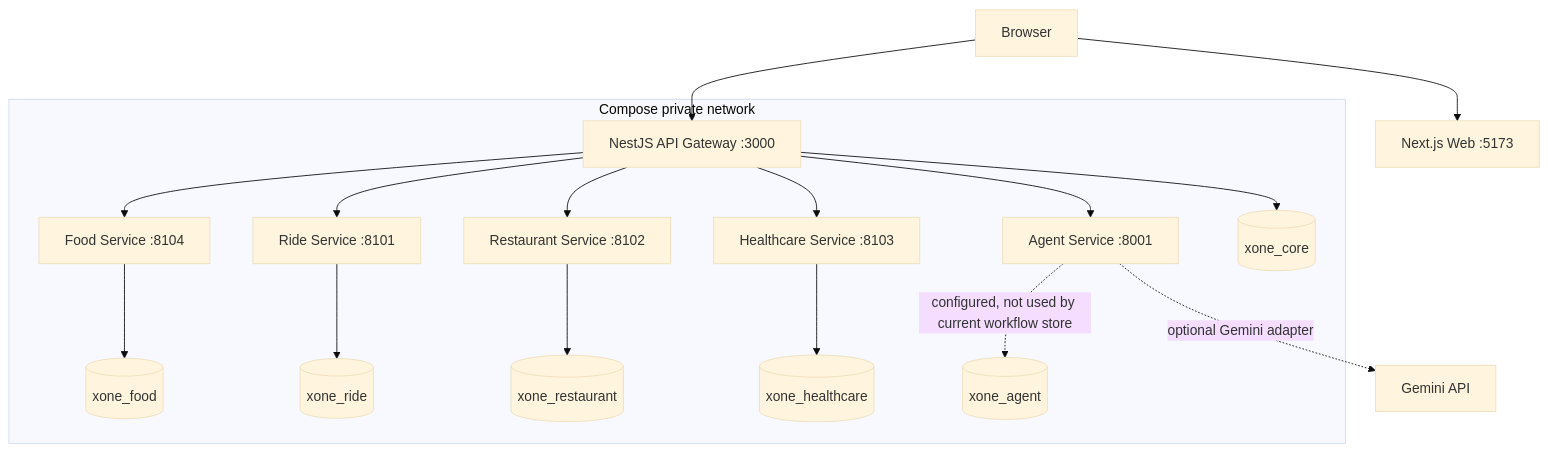
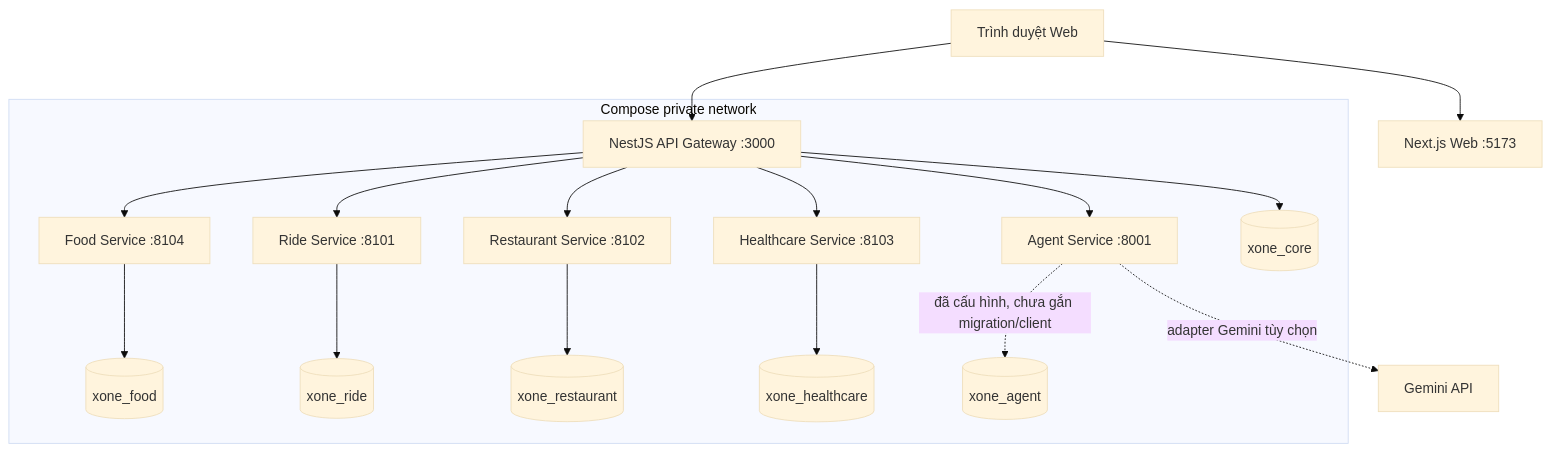
The first of 4 diagrams in docs/architecture_diagram.md (codecuatai/P-018), drawn with Mermaid (base theme) before and after one commit. The commit also changed other lines of this file and 71 other files, not shown here.

````diff
--- a/docs/architecture_diagram.md
+++ b/docs/architecture_diagram.md
@@ -12,22 +9,22 @@
 ```mermaid
 flowchart TB
-  Browser[Browser] --> Web[Next.js Web :5173]
+  Browser[Trình duyệt Web] --> Web[Next.js Web :5173]
   Browser --> Gateway[NestJS API Gateway :3000]
 
   subgraph Compose private network
     Gateway --> Agent[Agent Service :8001]
     Gateway --> Food[Food Service :8104]
     Gateway --> Ride[Ride Service :8101]
     Gateway --> Restaurant[Restaurant Service :8102]
     Gateway --> Healthcare[Healthcare Service :8103]
 
     Gateway --> CoreDB[(xone_core)]
     Food --> FoodDB[(xone_food)]
     Ride --> RideDB[(xone_ride)]
     Restaurant --> RestaurantDB[(xone_restaurant)]
     Healthcare --> HealthcareDB[(xone_healthcare)]
-    Agent -. configured, not used by current workflow store .-> AgentDB[(xone_agent)]
+    Agent -. đã cấu hình, chưa gắn migration/client .-> AgentDB[(xone_agent)]
   end
 
-  Agent -. optional Gemini adapter .-> Gemini[Gemini API]
+  Agent -. adapter Gemini tùy chọn .-> Gemini[Gemini API]
 ```
````
